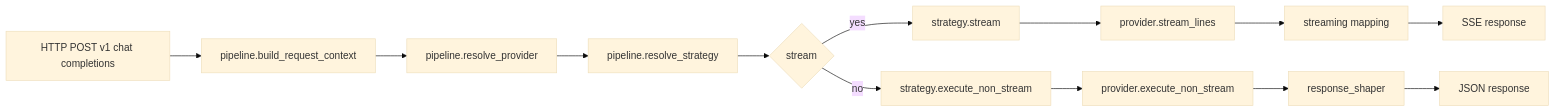
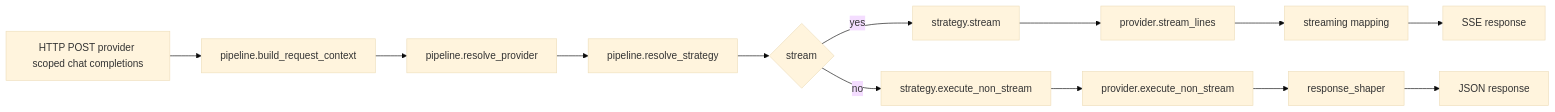
Before and after one commit to cyber-platform/llm_agent_platform: the diagram in docs/architecture/openai-chat-completions-pipeline.md, drawn with Mermaid (base theme). The commit also changed other lines of this file and 70 other files, not shown here.

````diff
--- a/docs/architecture/openai-chat-completions-pipeline.md
+++ b/docs/architecture/openai-chat-completions-pipeline.md
@@ -61,15 +74,15 @@
 ```mermaid
 flowchart LR
-  A[HTTP POST v1 chat completions] --> B[pipeline.build_request_context]
+  A[HTTP POST provider scoped chat completions] --> B[pipeline.build_request_context]
   B --> C[pipeline.resolve_provider]
   C --> D[pipeline.resolve_strategy]
   D --> E{stream}
   E -->|yes| F[strategy.stream]
   F --> G[provider.stream_lines]
   G --> H[streaming mapping]
   H --> I[SSE response]
   E -->|no| J[strategy.execute_non_stream]
   J --> K[provider.execute_non_stream]
   K --> L[response_shaper]
   L --> M[JSON response]
 ```
````
